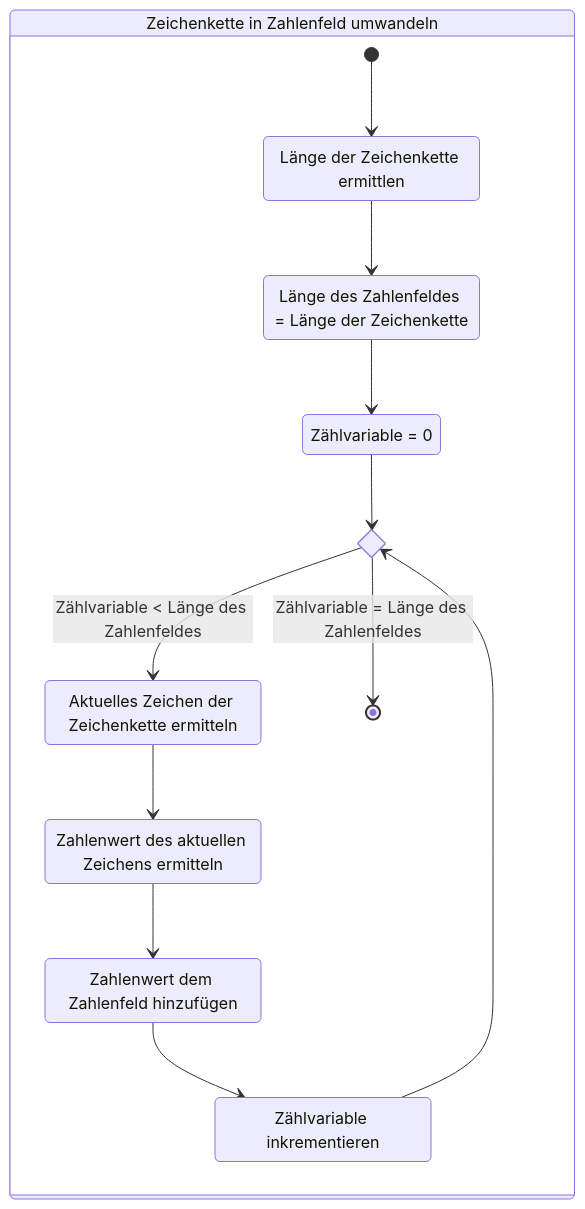
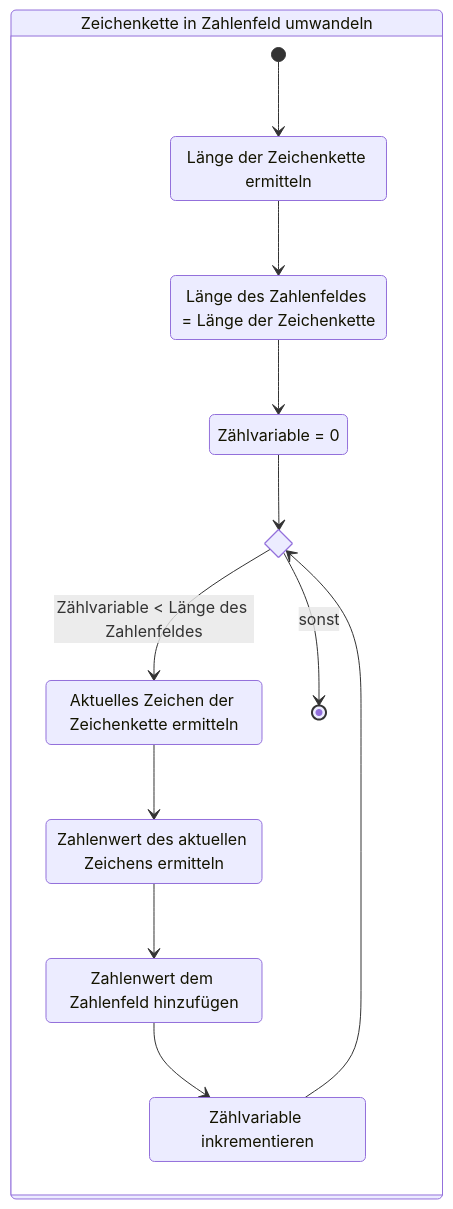
The fourth of 8 diagrams in docs/additional-material/daniel/sample-exam-java1.md (jappuccini/java-docs), drawn with Mermaid before and after one commit. The commit also changed other lines of this file and 5 other files, not shown here.

Commit message:
Update Activity Diagrams and Add New Exam Exercises

````diff
--- a/docs/additional-material/daniel/sample-exam-java1.md
+++ b/docs/additional-material/daniel/sample-exam-java1.md
@@ -340,23 +342,24 @@
 ```mermaid
-stateDiagram
-    state "Zeichenkette in Zahlenfeld umwandeln" as ttp {
-        state "Länge der Zeichenkette ermittlen" as ttp1
-        state "Länge des Zahlenfeldes = Länge der Zeichenkette" as ttp2
-        state "Zählvariable = 0" as ttp3
-        state "Aktuelles Zeichen der Zeichenkette ermitteln" as ttp4
-        state "Zahlenwert des aktuellen Zeichens ermitteln" as ttp5
-        state "Zahlenwert dem Zahlenfeld hinzufügen" as ttp6
-        state "Zählvariable inkrementieren" as ttp7
-        state ttpif <<choice>>
-        [*] --> ttp1
-        ttp1 --> ttp2
-        ttp2 --> ttp3
-        ttp3 --> ttpif
-        ttpif --> ttp4: Zählvariable < Länge des Zahlenfeldes
-        ttpif --> [*]: Zählvariable = Länge des Zahlenfeldes
-        ttp4 --> ttp5
-        ttp5 --> ttp6
-        ttp6 --> ttp7
-        ttp7 --> ttpif
+stateDiagram-v2
+    state "Länge der Zeichenkette ermitteln" as state1
+    state "Länge des Zahlenfeldes = Länge der Zeichenkette" as state2
+    state "Zählvariable = 0" as state3
+    state "Aktuelles Zeichen der Zeichenkette ermitteln" as state4
+    state "Zahlenwert des aktuellen Zeichens ermitteln" as state5
+    state "Zahlenwert dem Zahlenfeld hinzufügen" as state6
+    state "Zählvariable inkrementieren" as state7
+    state stateif <<choice>>
+
+    state "Zeichenkette in Zahlenfeld umwandeln" as textToPin {
+        [*] --> state1
+        state1 --> state2
+        state2 --> state3
+        state3 --> stateif
+        stateif --> state4: Zählvariable < Länge des Zahlenfeldes
+        stateif --> [*]: sonst
+        state4 --> state5
+        state5 --> state6
+        state6 --> state7
+        state7 --> stateif
     }
 ```
````
